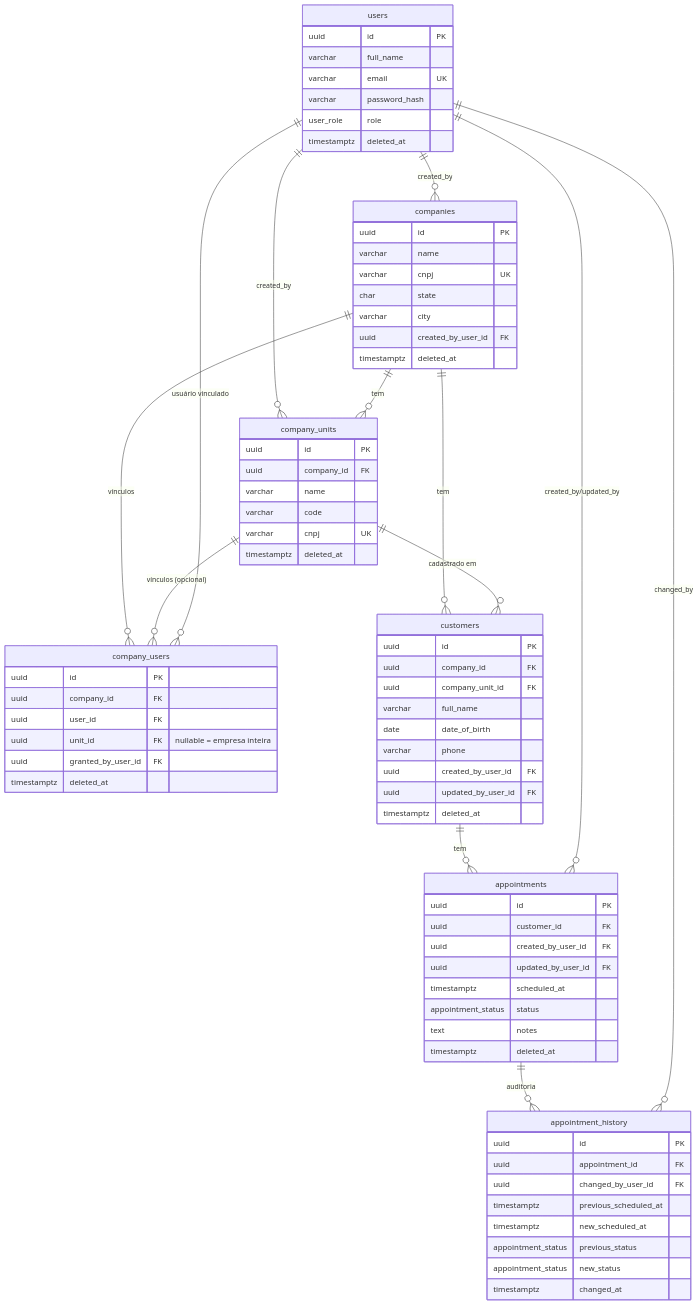
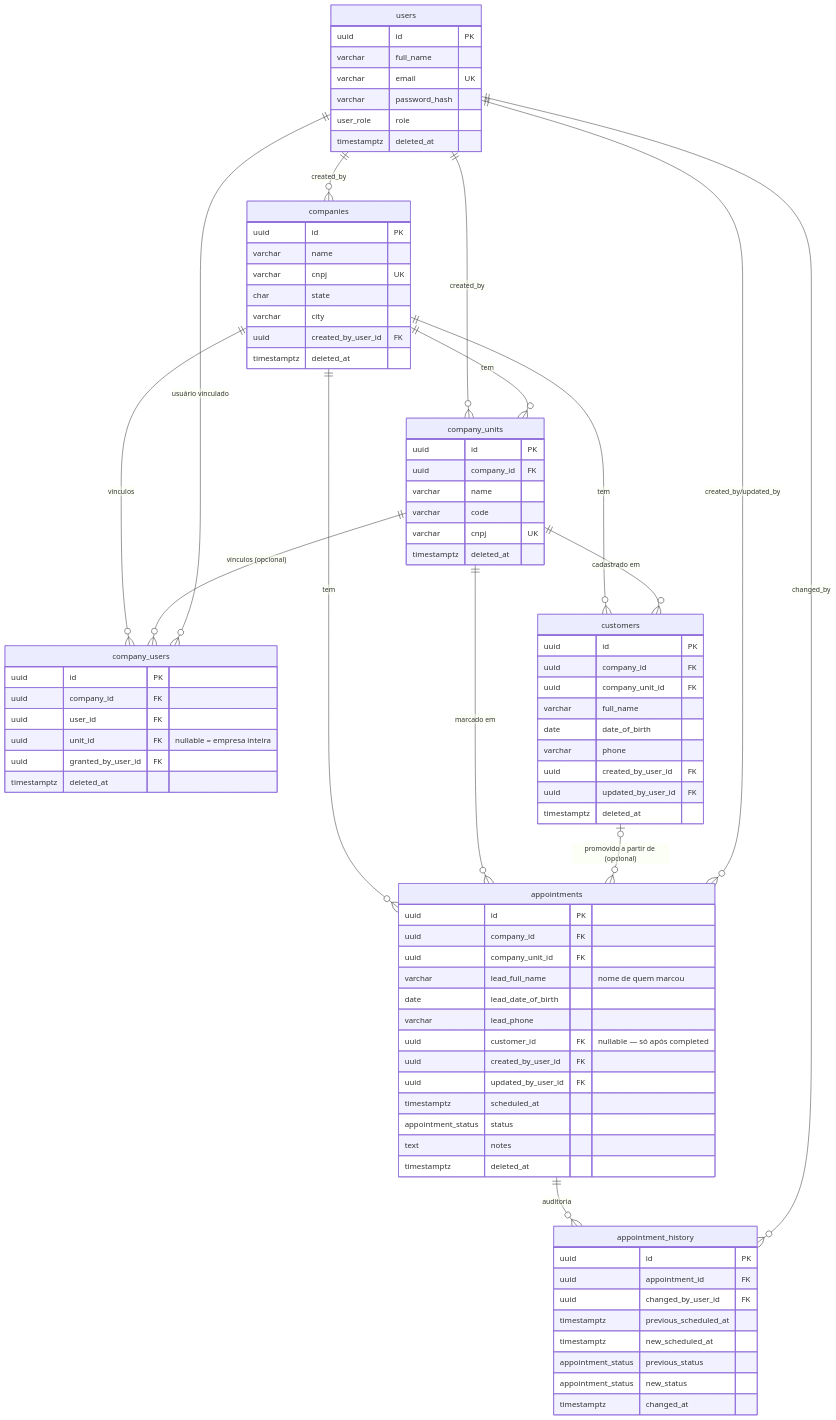
Before and after one commit to phaselab1/OticaLabV1-API: the diagram in docs/ARCHITECTURE.md, drawn with Mermaid. The commit also changed other lines of this file and 14 other files, not shown here.

```diff
--- a/docs/ARCHITECTURE.md
+++ b/docs/ARCHITECTURE.md
@@ -109,7 +109,9 @@
     users ||--o{ company_users : "usuário vinculado"
     companies ||--o{ customers : "tem"
     company_units ||--o{ customers : "cadastrado em"
-    customers ||--o{ appointments : "tem"
+    companies ||--o{ appointments : "tem"
+    company_units ||--o{ appointments : "marcado em"
+    customers |o--o{ appointments : "promovido a partir de (opcional)"
     appointments ||--o{ appointment_history : "auditoria"
     users ||--o{ appointments : "created_by/updated_by"
     users ||--o{ appointment_history : "changed_by"
@@ -160,7 +162,12 @@
     }
     appointments {
         uuid id PK
-        uuid customer_id FK
+        uuid company_id FK
+        uuid company_unit_id FK
+        varchar lead_full_name "nome de quem marcou"
+        date lead_date_of_birth
+        varchar lead_phone
+        uuid customer_id FK "nullable — só após completed"
         uuid created_by_user_id FK
         uuid updated_by_user_id FK
         timestamptz scheduled_at
```
